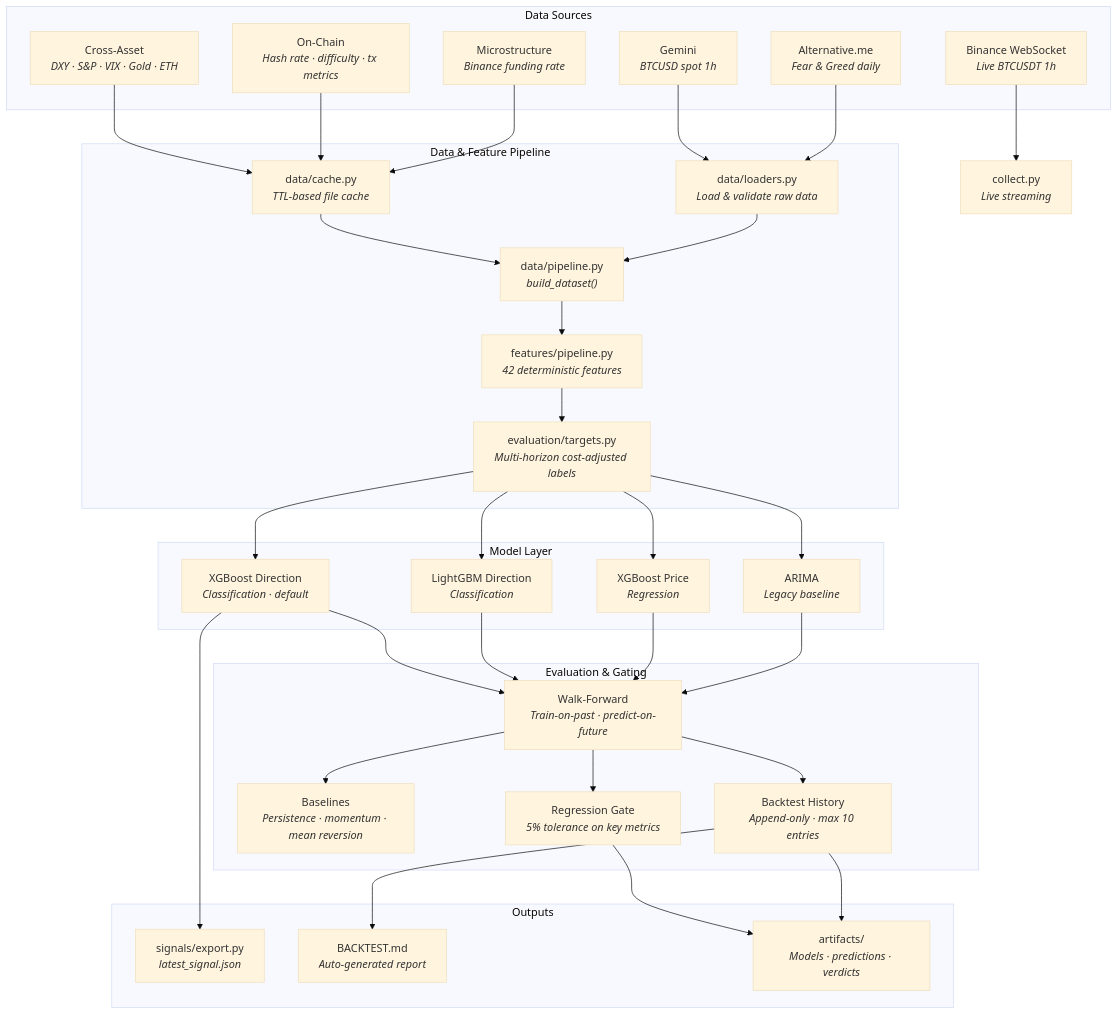
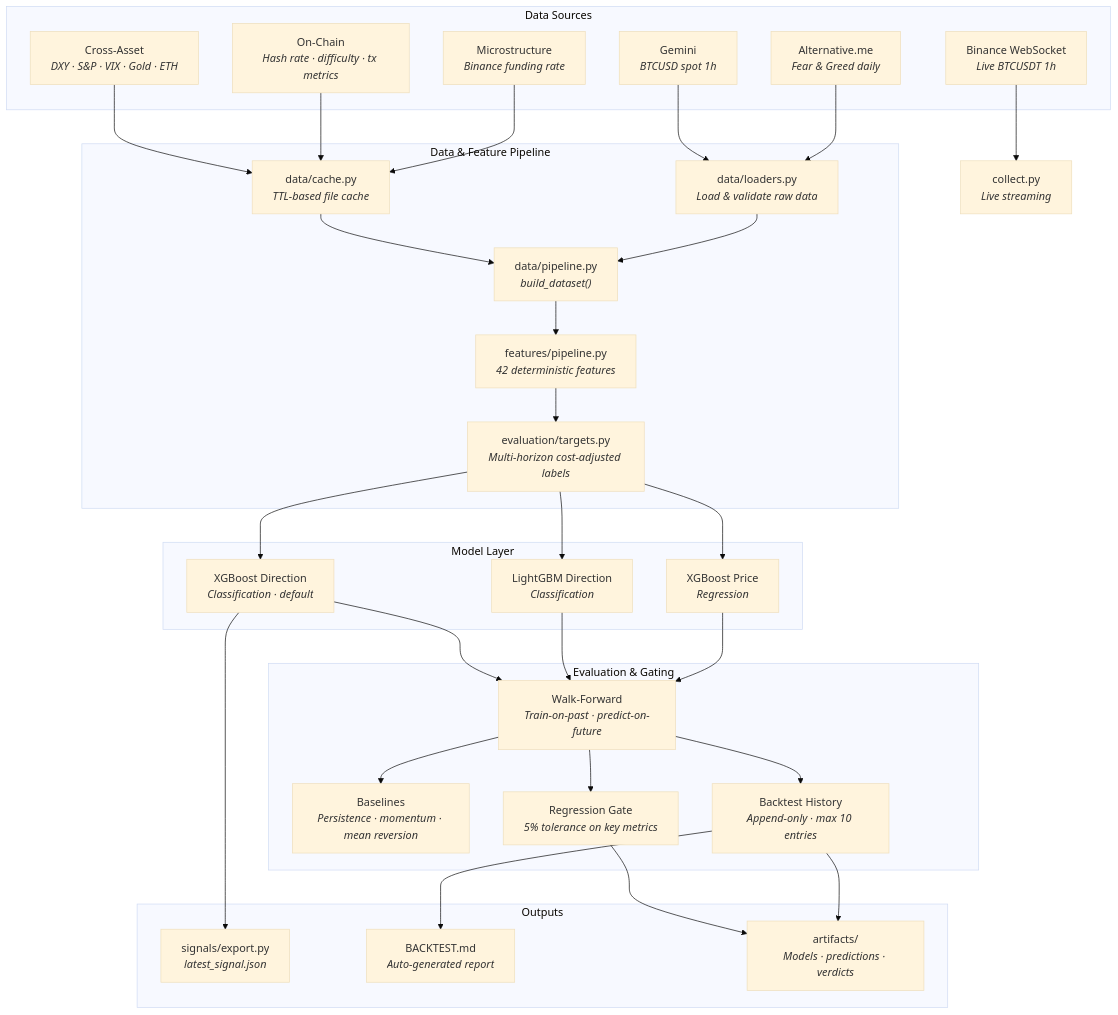
One commit to iansummerlin/bitcoin-price-analysis changed the diagram in README.md. Above: the diagram before and after it, drawn with Mermaid (base theme). The commit also changed other lines of this file and 11 other files, not shown here.

````diff
--- a/README.md
+++ b/README.md
@@ -16,55 +16,54 @@
 ```mermaid
 graph TD
     subgraph Sources["Data Sources"]
         Gemini["Gemini<br/><i>BTCUSD spot 1h</i>"]
         Sentiment["Alternative.me<br/><i>Fear & Greed daily</i>"]
         CrossAsset["Cross-Asset<br/><i>DXY · S&P · VIX · Gold · ETH</i>"]
         OnChain["On-Chain<br/><i>Hash rate · difficulty · tx metrics</i>"]
         Micro["Microstructure<br/><i>Binance funding rate</i>"]
         Binance["Binance WebSocket<br/><i>Live BTCUSDT 1h</i>"]
     end
 
     subgraph Pipeline["Data & Feature Pipeline"]
         Cache["data/cache.py<br/><i>TTL-based file cache</i>"]
         Loaders["data/loaders.py<br/><i>Load & validate raw data</i>"]
         Dataset["data/pipeline.py<br/><i>build_dataset()</i>"]
         Features["features/pipeline.py<br/><i>42 deterministic features</i>"]
         Targets["evaluation/targets.py<br/><i>Multi-horizon cost-adjusted labels</i>"]
     end
 
     subgraph Models["Model Layer"]
         XGBDir["XGBoost Direction<br/><i>Classification · default</i>"]
         LGBDir["LightGBM Direction<br/><i>Classification</i>"]
         XGBPrice["XGBoost Price<br/><i>Regression</i>"]
-        ARIMA["ARIMA<br/><i>Legacy baseline</i>"]
     end
 
     subgraph Eval["Evaluation & Gating"]
         WalkFwd["Walk-Forward<br/><i>Train-on-past · predict-on-future</i>"]
         Baselines["Baselines<br/><i>Persistence · momentum · mean reversion</i>"]
         RegGate["Regression Gate<br/><i>5% tolerance on key metrics</i>"]
         History["Backtest History<br/><i>Append-only · max 10 entries</i>"]
     end
 
     subgraph Output["Outputs"]
         Signal["signals/export.py<br/><i>latest_signal.json</i>"]
         BacktestMD["BACKTEST.md<br/><i>Auto-generated report</i>"]
         Artifacts["artifacts/<br/><i>Models · predictions · verdicts</i>"]
     end
 
     Gemini & Sentiment --> Loaders
     CrossAsset & OnChain & Micro --> Cache --> Dataset
     Binance --> Collect["collect.py<br/><i>Live streaming</i>"]
     Loaders --> Dataset --> Features --> Targets
 
-    Targets --> XGBDir & LGBDir & XGBPrice & ARIMA
-    XGBDir & LGBDir & XGBPrice & ARIMA --> WalkFwd
+    Targets --> XGBDir & LGBDir & XGBPrice
+    XGBDir & LGBDir & XGBPrice --> WalkFwd
     WalkFwd --> Baselines
     WalkFwd --> RegGate
     WalkFwd --> History
 
     History --> BacktestMD
     RegGate --> Artifacts
     XGBDir --> Signal
     History --> Artifacts
 ```
````
